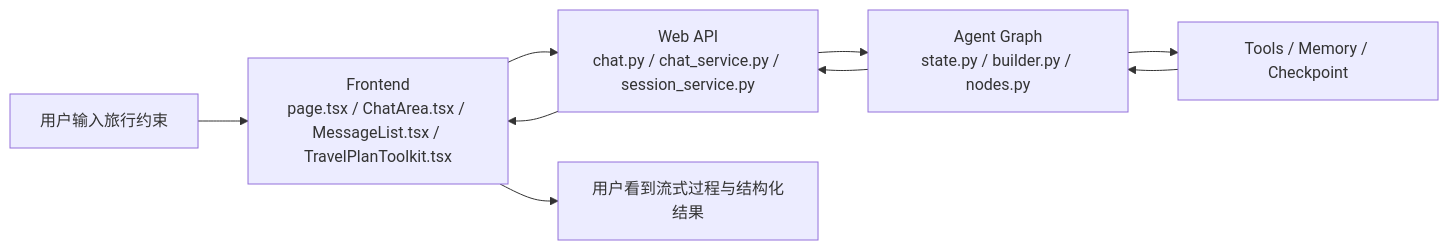
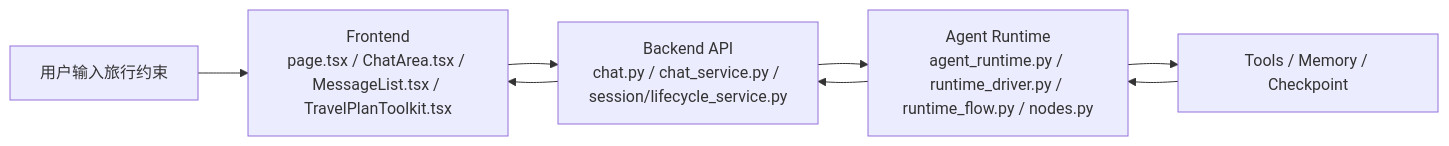
The diagram in docs/teaching/README.md (woodmeone/BitBlanket-Travel-Agent), drawn with Mermaid before and after one commit. The commit also changed other lines of this file and 266 other files, not shown here.

Commit message:
refactor(repo): consolidate backend runtime, postgres, and docs

````diff
--- a/docs/teaching/README.md
+++ b/docs/teaching/README.md
@@ -35,11 +96,10 @@
 ```mermaid
 flowchart LR
     U["用户输入旅行约束"] --> F["Frontend\npage.tsx / ChatArea.tsx / MessageList.tsx / TravelPlanToolkit.tsx"]
-    F --> A["Web API\nchat.py / chat_service.py / session_service.py"]
-    A --> G["Agent Graph\nstate.py / builder.py / nodes.py"]
-    G --> T["Tools / Memory / Checkpoint"]
-    T --> G
-    G --> A
-    A --> F
-    F --> U2["用户看到流式过程与结构化结果"]
+    F --> B["Backend API\nchat.py / chat_service.py / session/lifecycle_service.py"]
+    B --> A["Agent Runtime\nagent_runtime.py / runtime_driver.py / runtime_flow.py / nodes.py"]
+    A --> T["Tools / Memory / Checkpoint"]
+    T --> A
+    A --> B
+    B --> F
 ```
````
